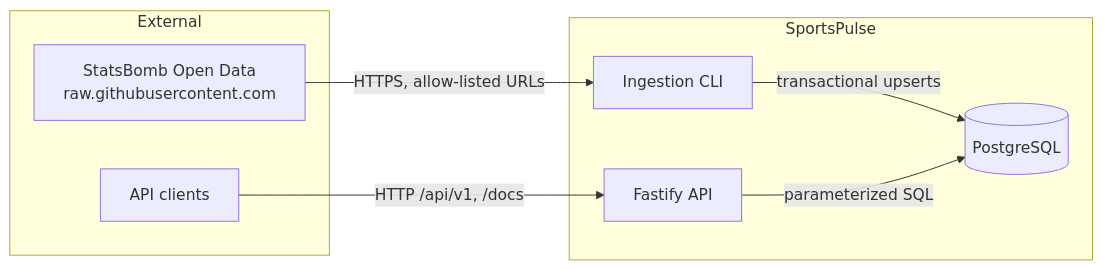
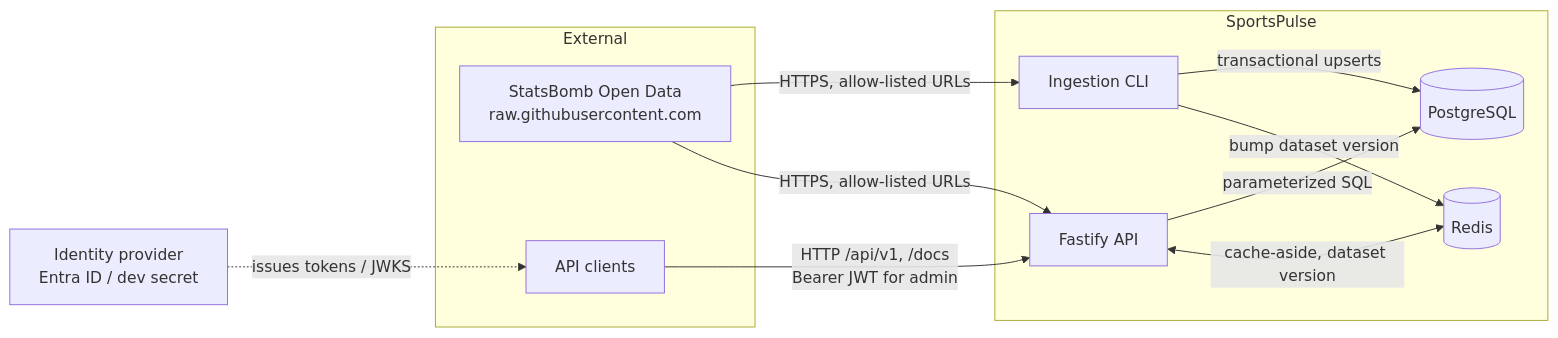
One commit to sebro08/Sports-Pulse changed the first of 2 diagrams in docs/architecture.md. Above: the diagram before and after it, drawn with Mermaid. The commit also changed other lines of this file and 38 other files, not shown here.

First line of the commit message:
feat(auth): add JWT auth, RBAC, admin ingestion endpoint and rate limiting

````diff
--- a/docs/architecture.md
+++ b/docs/architecture.md
@@ -5,16 +5,22 @@
 ```mermaid
 flowchart LR
   subgraph External
     SB[StatsBomb Open Data<br/>raw.githubusercontent.com]
     CL[API clients]
   end
   subgraph SportsPulse
     CLI[Ingestion CLI]
     API[Fastify API]
     DB[(PostgreSQL)]
+    RD[(Redis)]
   end
+  IDP[Identity provider<br/>Entra ID / dev secret]
   SB -->|HTTPS, allow-listed URLs| CLI
+  SB -->|HTTPS, allow-listed URLs| API
   CLI -->|transactional upserts| DB
-  CL -->|HTTP /api/v1, /docs| API
+  CL -->|HTTP /api/v1, /docs<br/>Bearer JWT for admin| API
+  IDP -.->|issues tokens / JWKS| CL
   API -->|parameterized SQL| DB
+  API <-->|cache-aside, dataset version| RD
+  CLI -->|bump dataset version| RD
 ```
````
